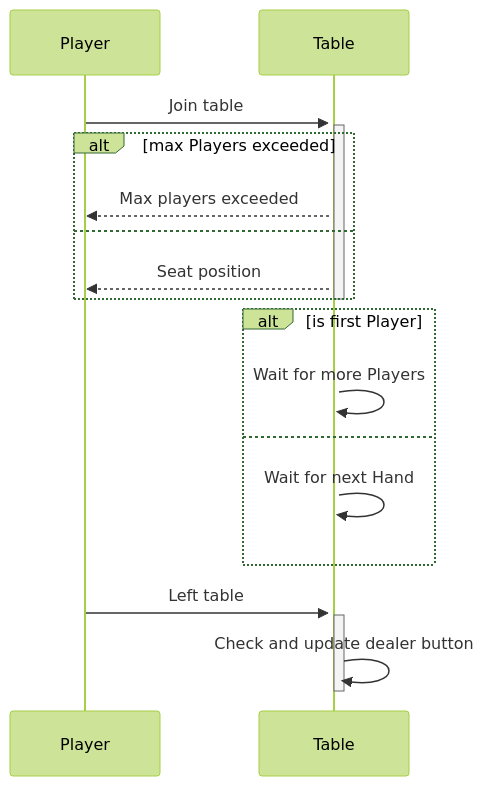
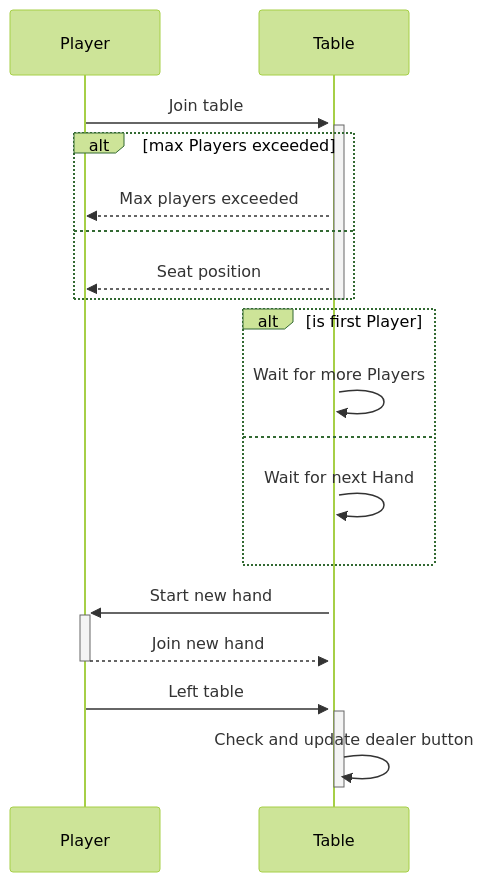
One commit to ethan605/goker changed the first of 4 diagrams in docs/SEQUENCES.md. Above: the diagram before and after it, drawn with Mermaid (forest theme). The commit also changed other lines of this file, not shown here.

Commit message:
Add sequences

````diff
--- a/docs/SEQUENCES.md
+++ b/docs/SEQUENCES.md
@@ -8,24 +10,27 @@
 ```mermaid
 sequenceDiagram
     participant Player
     participant Table
 
     Player->>+Table: Join table
 
     activate Table
     alt max Players exceeded
         Table-->>Player: Max players exceeded
     else
         Table-->>Player: Seat position
     end
     deactivate Table
 
     alt is first Player
         Table->>Table: Wait for more Players
     else 
         Table->>Table: Wait for next Hand
     end
 
+    Table->>+Player: Start new hand
+    Player-->>-Table: Join new hand
+
     Player->>+Table: Left table
     Table->>-Table: Check and update dealer button
 ```
````
